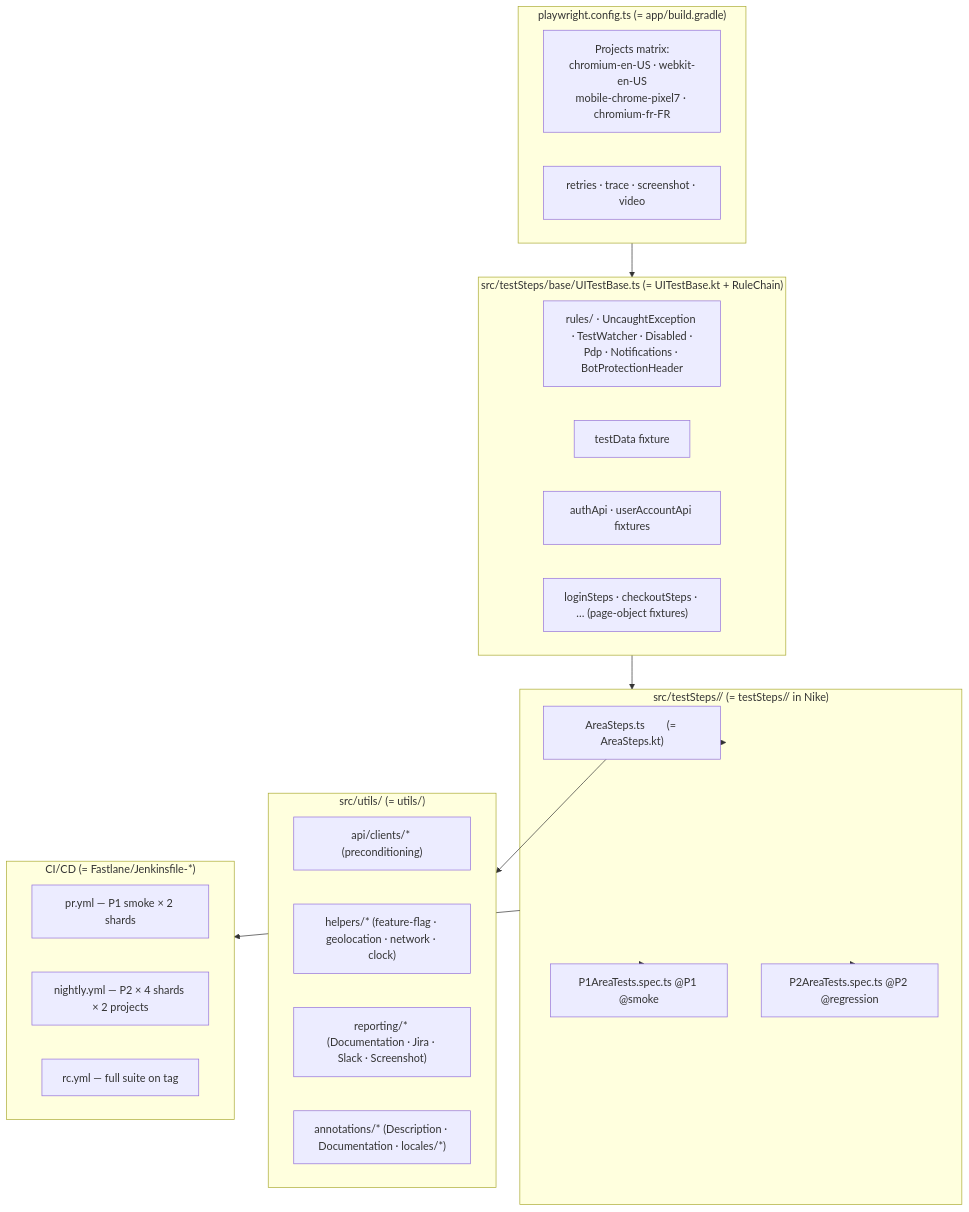
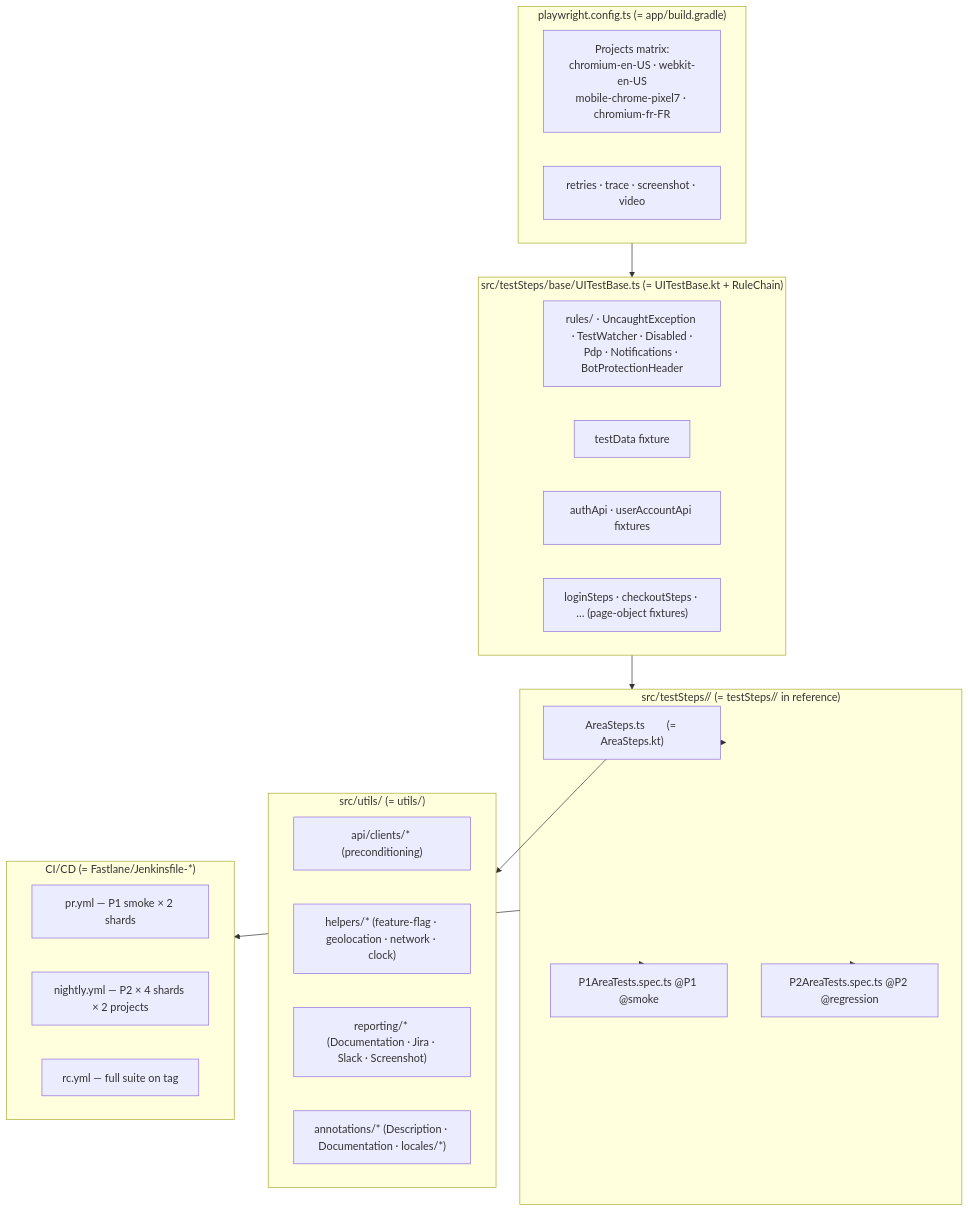
One commit to jmalli-sdet/playwright-demo-framework changed the diagram in README.md. Above: the diagram before and after it, drawn with Mermaid. The commit also changed other lines of this file and 85 other files, not shown here.

````diff
--- a/README.md
+++ b/README.md
@@ -20,40 +20,40 @@
 ```mermaid
 flowchart TB
     subgraph Config["playwright.config.ts (= app/build.gradle)"]
         Projects["Projects matrix:<br/>chromium-en-US · webkit-en-US<br/>mobile-chrome-pixel7 · chromium-fr-FR"]
         Retries["retries · trace · screenshot · video"]
     end
 
     subgraph Fixtures["src/testSteps/base/UITestBase.ts (= UITestBase.kt + RuleChain)"]
         Rules["rules/ · UncaughtException · TestWatcher · Disabled ·<br/>Pdp · Notifications · BotProtectionHeader"]
         TestData["testData fixture"]
         ApiCtx["authApi · userAccountApi fixtures"]
         Steps["loginSteps · checkoutSteps · … (page-object fixtures)"]
     end
 
-    subgraph Features["src/testSteps/<area>/ (= testSteps/<area>/ in Nike)"]
+    subgraph Features["src/testSteps/<area>/ (= testSteps/<area>/ in reference)"]
         Pages["AreaSteps.ts        (= AreaSteps.kt)"]
         P1["P1AreaTests.spec.ts @P1 @smoke"]
         P2["P2AreaTests.spec.ts @P2 @regression"]
     end
 
     subgraph Utils["src/utils/ (= utils/)"]
         Clients["api/clients/* (preconditioning)"]
         Helpers["helpers/* (feature-flag · geolocation · network · clock)"]
         Report["reporting/* (Documentation · Jira · Slack · Screenshot)"]
         Anno["annotations/* (Description · Documentation · locales/*)"]
     end
 
     subgraph CI["CI/CD (= Fastlane/Jenkinsfile-*)"]
         PR["pr.yml — P1 smoke × 2 shards"]
         Nightly["nightly.yml — P2 × 4 shards × 2 projects"]
         RC["rc.yml — full suite on tag"]
     end
 
     Config --> Fixtures
     Fixtures --> Features
     Features --> Pages
     Features --> P1 & P2
     Pages --> Utils
     Features --> CI
 ```
````
